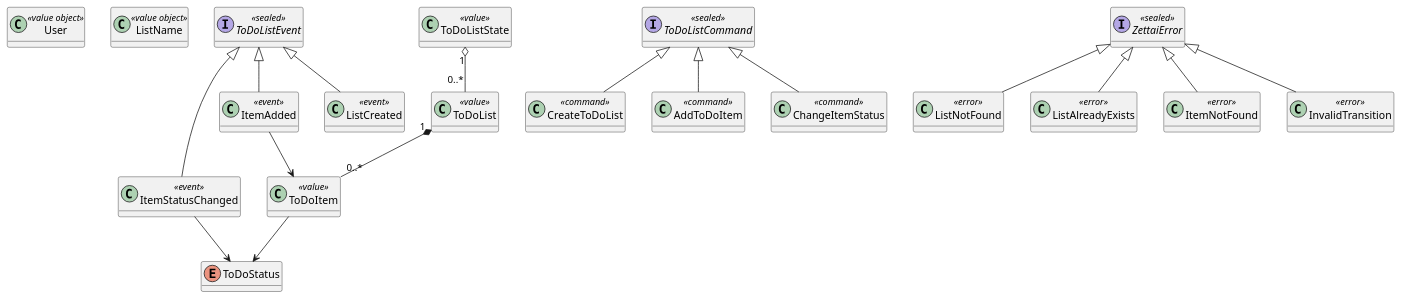
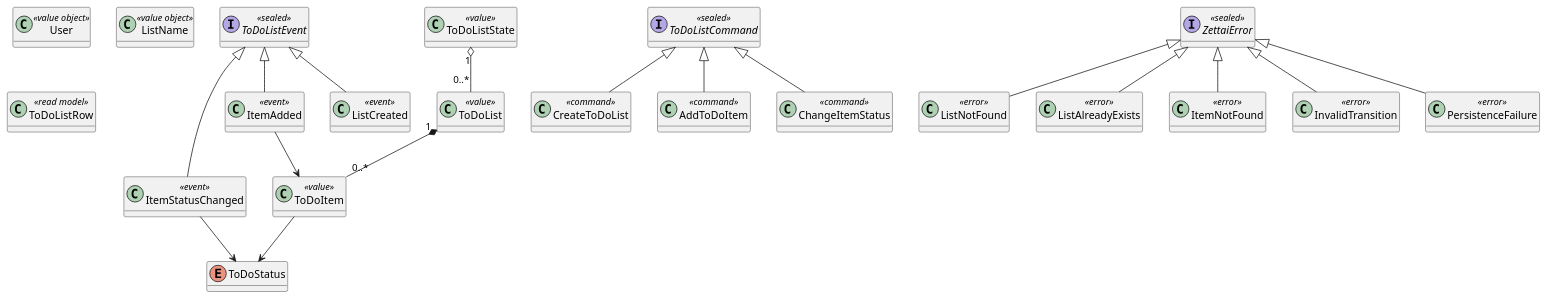
The fourth of 4 diagrams in docs/design/domain-model.md (k2works/from-objects-to-functions-excersice), drawn with PlantUML before and after one commit. The commit also changed other lines of this file and 19 other files, not shown here.

````diff
--- a/docs/design/domain-model.md
+++ b/docs/design/domain-model.md
@@ -486,41 +486,44 @@
 ```plantuml
 @startuml
 hide methods
 
 class User <<value object>>
 class ListName <<value object>>
 class ToDoItem <<value>>
 enum ToDoStatus
 class ToDoList <<value>>
 class ToDoListState <<value>>
 interface ToDoListEvent <<sealed>>
 class ListCreated <<event>>
 class ItemAdded <<event>>
 class ItemStatusChanged <<event>>
 interface ToDoListCommand <<sealed>>
 class CreateToDoList <<command>>
 class AddToDoItem <<command>>
 class ChangeItemStatus <<command>>
 interface ZettaiError <<sealed>>
 class ListNotFound <<error>>
 class ListAlreadyExists <<error>>
 class ItemNotFound <<error>>
 class InvalidTransition <<error>>
+class PersistenceFailure <<error>>
+class ToDoListRow <<read model>>
 
 ToDoList "1" *-- "0..*" ToDoItem
 ToDoItem --> ToDoStatus
 ToDoListState "1" o-- "0..*" ToDoList
 ToDoListEvent <|-- ListCreated
 ToDoListEvent <|-- ItemAdded
 ToDoListEvent <|-- ItemStatusChanged
 ToDoListCommand <|-- CreateToDoList
 ToDoListCommand <|-- AddToDoItem
 ToDoListCommand <|-- ChangeItemStatus
 ZettaiError <|-- ListNotFound
 ZettaiError <|-- ListAlreadyExists
 ZettaiError <|-- ItemNotFound
 ZettaiError <|-- InvalidTransition
+ZettaiError <|-- PersistenceFailure
 ItemAdded --> ToDoItem
 ItemStatusChanged --> ToDoStatus
 @enduml
 ```
````
